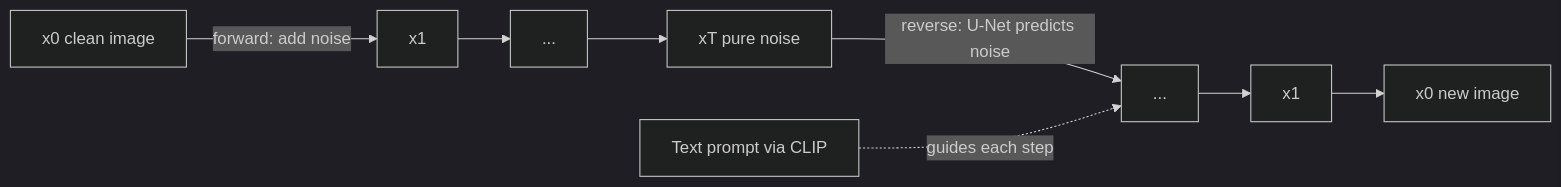
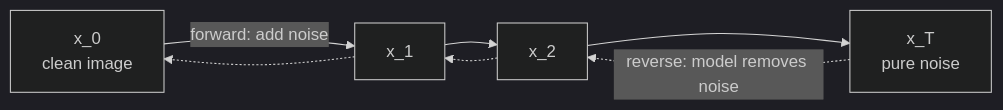
One commit to kaisarnajar/outcome-school-blogs changed the first of 3 diagrams in notes/step-15-multimodal-ai-and-generative-models/177-diffusion-models.md. Above: the diagram before and after it, drawn with Mermaid (dark theme). The commit also changed other lines of this file and 233 other files, not shown here.

````diff
--- a/notes/step-15-multimodal-ai-and-generative-models/177-diffusion-models.md
+++ b/notes/step-15-multimodal-ai-and-generative-models/177-diffusion-models.md
@@ -46,10 +82,9 @@
 ```mermaid
 flowchart LR
-    X0["x0 clean image"] -->|"forward: add noise"| X1["x1"]
-    X1 --> XD["..."]
-    XD --> XT["xT pure noise"]
-    XT -->|"reverse: U-Net predicts noise"| YD["..."]
-    YD --> Y1["x1"]
-    Y1 --> Y0["x0 new image"]
-    P["Text prompt via CLIP"] -.->|"guides each step"| YD
+    X0["x_0<br/>clean image"] -->|"forward: add noise"| X1["x_1"]
+    X1 --> X2["x_2"]
+    X2 --> XT["x_T<br/>pure noise"]
+    XT -.->|"reverse: model removes noise"| X2
+    X2 -.-> X1
+    X1 -.-> X0
 ```
````
